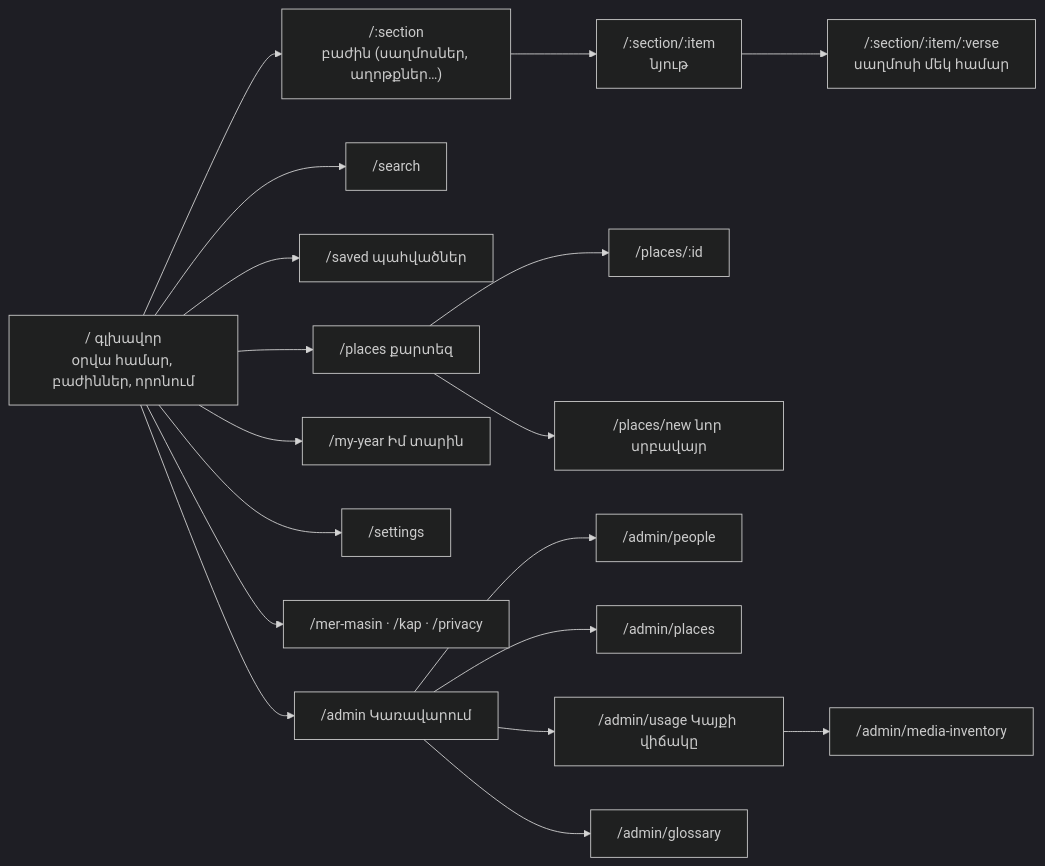
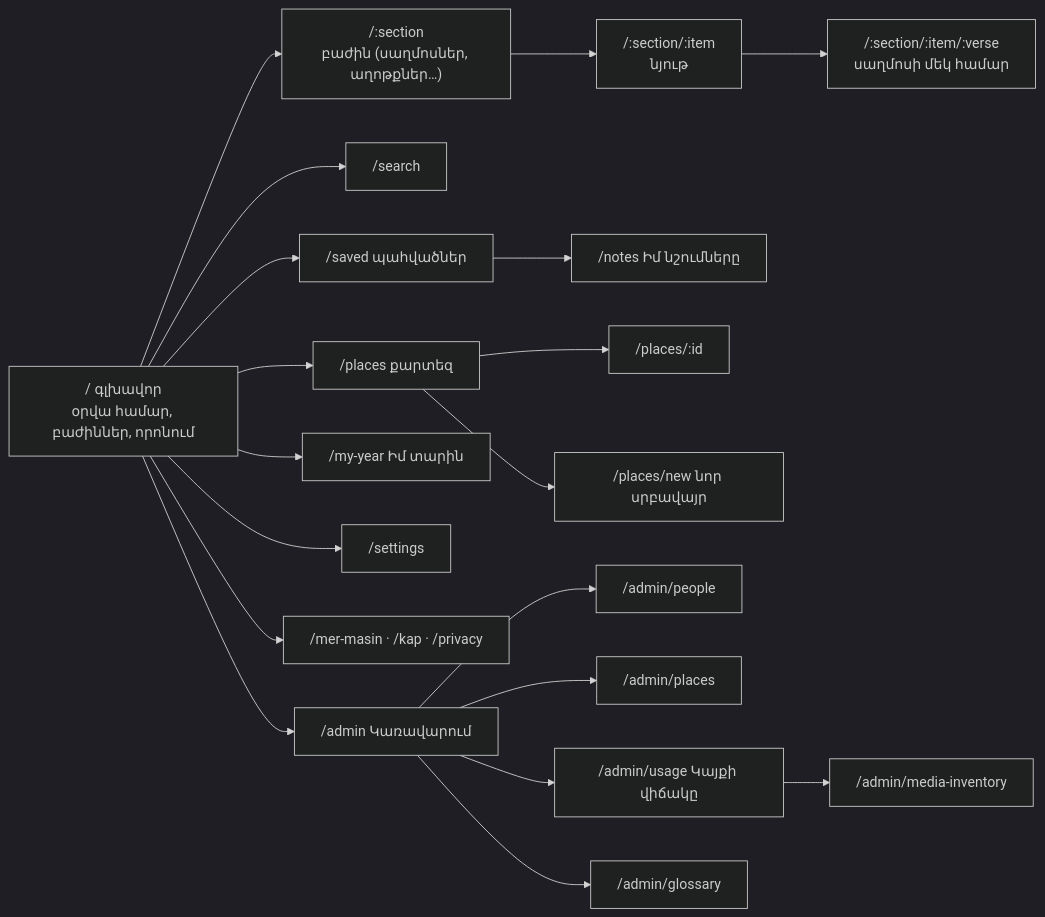
Before and after one commit to T0n0yan/armenian-apostolic-digital-library: the fifth of 23 diagrams in docs/ARCHITECTURE.md, drawn with Mermaid (dark theme). The commit also changed other lines of this file and 27 other files, not shown here.

````diff
--- a/docs/ARCHITECTURE.md
+++ b/docs/ARCHITECTURE.md
@@ -201,21 +201,22 @@
 ```mermaid
 flowchart LR
   HOME["/ գլխավոր<br/>օրվա համար, բաժիններ, որոնում"]
   HOME --> SEC["/:section<br/>բաժին (սաղմոսներ, աղոթքներ…)"]
   SEC --> MAT["/:section/:item<br/>նյութ"]
   MAT --> VERSE["/:section/:item/:verse<br/>սաղմոսի մեկ համար"]
   HOME --> SEARCH["/search"]
   HOME --> SAVED["/saved պահվածներ"]
+  SAVED --> NOTES["/notes Իմ նշումները"]
   HOME --> PLACES["/places քարտեզ"]
   PLACES --> PLACE["/places/:id"]
   PLACES --> PNEW["/places/new նոր սրբավայր"]
   HOME --> MY["/my-year Իմ տարին"]
   HOME --> SET["/settings"]
   HOME --> INFO["/mer-masin · /kap · /privacy"]
   HOME --> ADM["/admin Կառավարում"]
   ADM --> A1["/admin/people"]
   ADM --> A2["/admin/places"]
   ADM --> A3["/admin/usage Կայքի վիճակը"]
   ADM --> A4["/admin/glossary"]
   A3 --> A5["/admin/media-inventory"]
 ```
````
